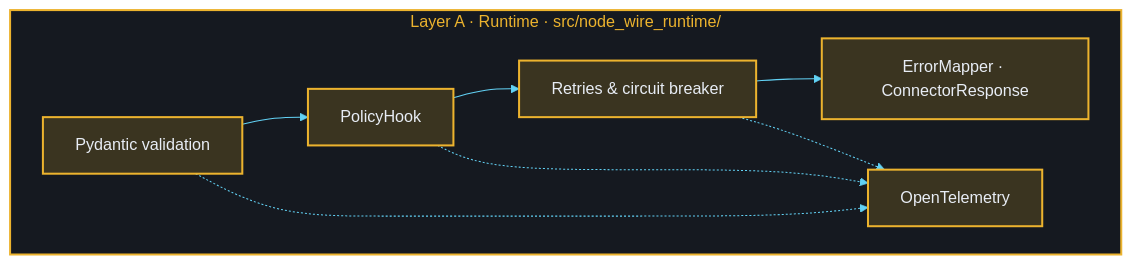
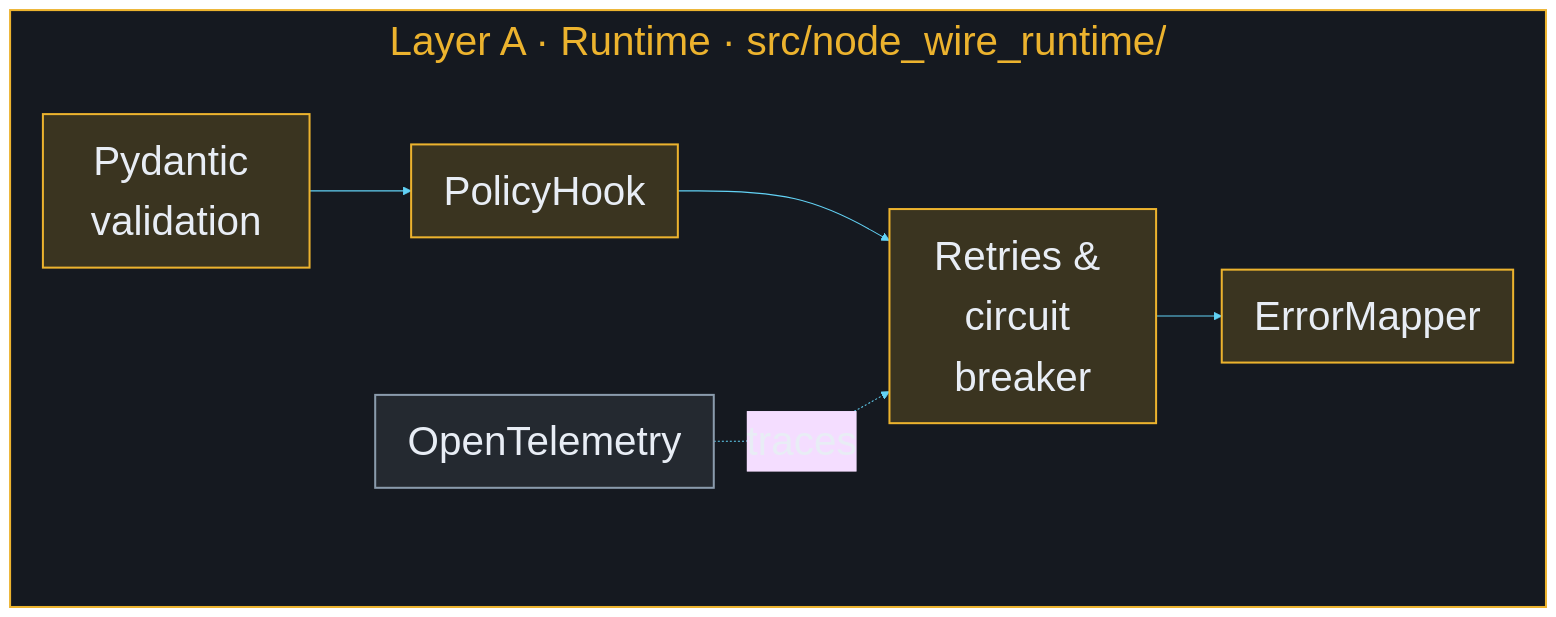
One commit to AOT-Technologies/node-wire changed the third of 5 diagrams in docs/architecture.md. Above: the diagram before and after it, drawn with Mermaid. The commit also changed other lines of this file and 1 other file, not shown here.

Commit message:
Fixed architecture diagram

````diff
--- a/docs/architecture.md
+++ b/docs/architecture.md
@@ -74,21 +74,23 @@
 ```mermaid
-%%{init: {"theme": "base", "themeVariables": {"fontSize": "16px", "fontFamily": "Inter, system-ui, sans-serif", "primaryTextColor": "#E8EDF5", "lineColor": "#62d2f5"}, "flowchart": {"nodeSpacing": 36, "rankSpacing": 40, "padding": 16}}}%%
+%%{init: {"theme": "base", "themeVariables": {"fontSize": "40px", "fontFamily": "Inter, system-ui, sans-serif", "primaryTextColor": "#E8EDF5", "lineColor": "#62d2f5"}, "flowchart": {"nodeSpacing": 156, "rankSpacing": 40, "padding": 16}}}%%
 flowchart LR
     subgraph layerA ["Layer A · Runtime · src/node_wire_runtime/"]
         direction LR
         Validate["Pydantic validation"]
         Policy["PolicyHook"]
         Resilience["Retries & circuit breaker"]
-        Errors["ErrorMapper · ConnectorResponse"]
+        Errors["ErrorMapper"]
         Otel["OpenTelemetry"]
     end
 
-    Validate --> Policy --> Resilience --> Errors
-    Validate -.-> Otel
-    Policy -.-> Otel
-    Resilience -.-> Otel
+    Validate --> Policy
+    Policy --> Resilience
+    Resilience --> Errors
+    Otel -. "traces" .-> Resilience
 
     classDef runtime fill:#3a3420,stroke:#ecb32e,stroke-width:2px,color:#E8EDF5
-    class Validate,Policy,Resilience,Errors,Otel runtime
+    classDef telemetry fill:#242930,stroke:#8A9BAC,stroke-width:2px,color:#E8EDF5
+    class Validate,Policy,Resilience,Errors runtime
+    class Otel telemetry
     style layerA fill:#151920,stroke:#ecb32e,stroke-width:2px,color:#ecb32e
 ```
````
